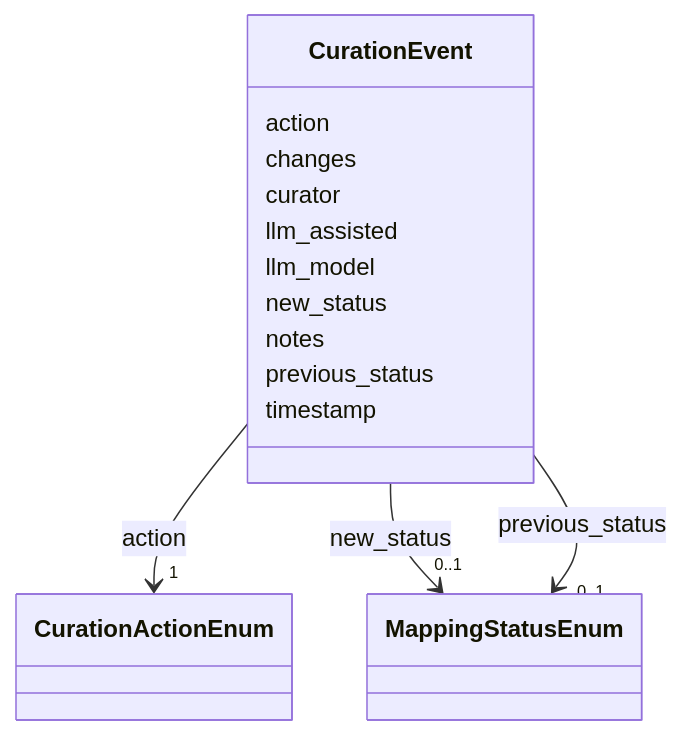
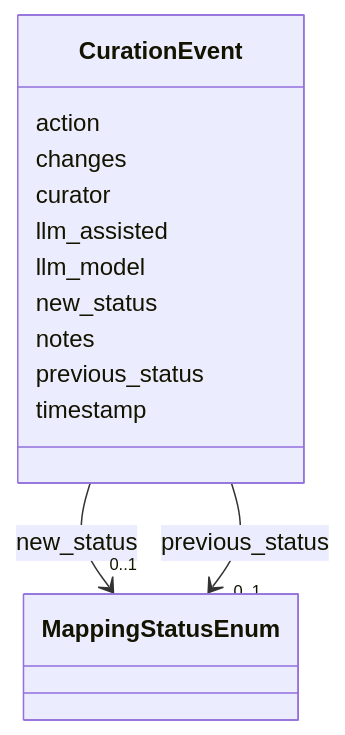
One commit to CultureBotAI/MediaIngredientMech changed the diagram in docs/CurationEvent.md. Above: the diagram before and after it, drawn with Mermaid. The commit also changed other lines of this file and 112 other files, not shown here.

````diff
--- a/docs/CurationEvent.md
+++ b/docs/CurationEvent.md
@@ -18,51 +18,42 @@
 ```mermaid
  classDiagram
     class CurationEvent
     click CurationEvent href "../CurationEvent/"
       CurationEvent : action
-        
-          
-    
-        
-        
-        CurationEvent --> "1" CurationActionEnum : action
-        click CurationActionEnum href "../CurationActionEnum/"
-    
-
         
       CurationEvent : changes
         
       CurationEvent : curator
         
       CurationEvent : llm_assisted
         
       CurationEvent : llm_model
         
       CurationEvent : new_status
         
           
     
         
         
         CurationEvent --> "0..1" MappingStatusEnum : new_status
         click MappingStatusEnum href "../MappingStatusEnum/"
     
 
         
       CurationEvent : notes
         
       CurationEvent : previous_status
         
           
     
         
         
         CurationEvent --> "0..1" MappingStatusEnum : previous_status
         click MappingStatusEnum href "../MappingStatusEnum/"
     
 
         
       CurationEvent : timestamp
         
       
 ```
````
